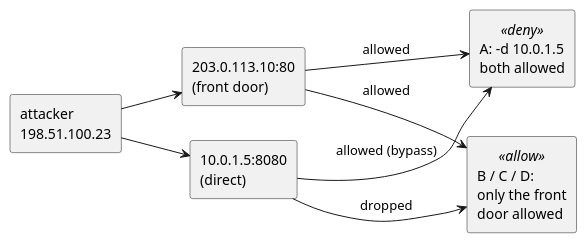
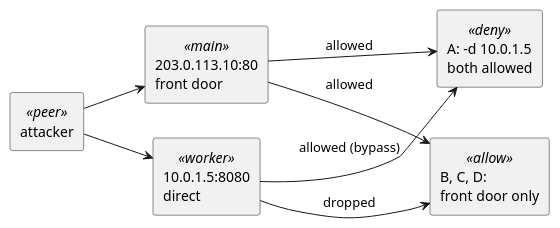
One commit to samadeep/samadeep.github.io changed the sixth of 9 diagrams in src/content/posts/2026-10-04-expose-intranet-app-to-internet.md. Above: the diagram before and after it, drawn with PlantUML. The commit also changed other lines of this file and 49 other files, not shown here.

First line of the commit message:
Visual-first post, reference-style diagrams, analytics and reactions (#9)

````diff
--- a/src/content/posts/2026-10-04-expose-intranet-app-to-internet.md
+++ b/src/content/posts/2026-10-04-expose-intranet-app-to-internet.md
@@ -204,16 +210,16 @@
-```plantuml title="Figure 5: a FORWARD rule that matches only the destination also allows direct access to the internal IP"
+```plantuml title="Figure 6: a rule that matches only the destination can't tell the front door from a direct visit"
 @startuml
 left to right direction
-rectangle "attacker\n198.51.100.23" as X
-rectangle "203.0.113.10:80\n(front door)" as D1
-rectangle "10.0.1.5:8080\n(direct)" as D2
+rectangle "attacker" <<peer>> as X
+rectangle "203.0.113.10:80\nfront door" <<main>> as D1
+rectangle "10.0.1.5:8080\ndirect" <<worker>> as D2
 rectangle "A: -d 10.0.1.5\nboth allowed" <<deny>> as A
-rectangle "B / C / D:\nonly the front\ndoor allowed" <<allow>> as B
+rectangle "B, C, D:\nfront door only" <<allow>> as B
 X --> D1
 X --> D2
 D1 --> A : allowed
 D2 --> A : allowed (bypass)
 D1 --> B : allowed
 D2 --> B : dropped
 @enduml
 ```
````
